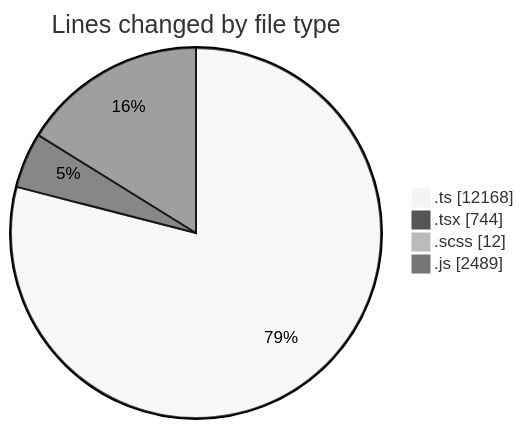
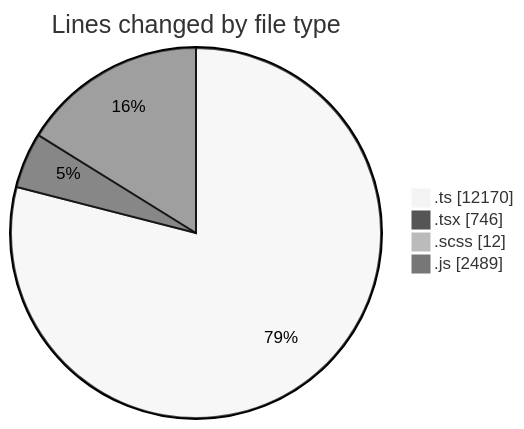
Before and after one commit to momahboobian/code-tracking: the first of 2 diagrams in 2026-03-17/cda/README.md, drawn with Mermaid (neutral theme). The commit also changed other lines of this file and 1 other file, not shown here.

````diff
--- a/2026-03-17/cda/README.md
+++ b/2026-03-17/cda/README.md
@@ -39,8 +39,8 @@
 ```mermaid
 pie showData
 title Lines changed by file type
-".ts" : 12168
-".tsx" : 744
+".ts" : 12170
+".tsx" : 746
 ".scss" : 12
 ".js" : 2489
 ```
````
